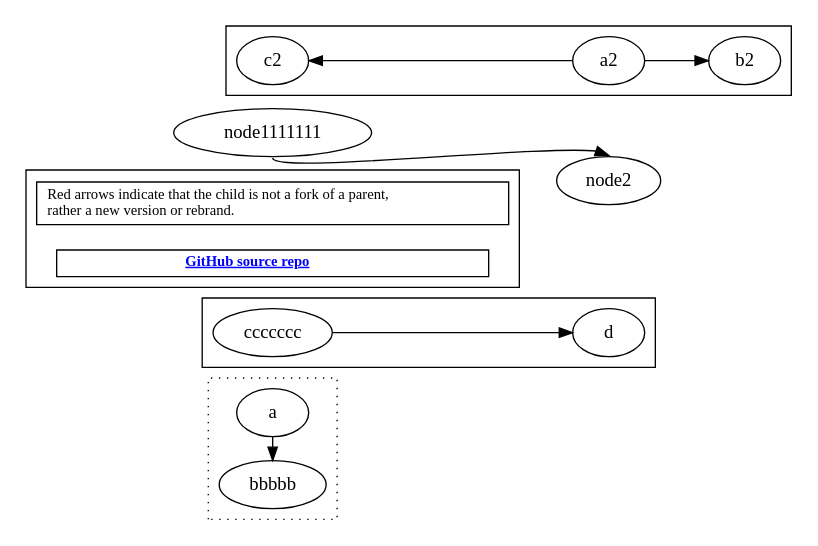
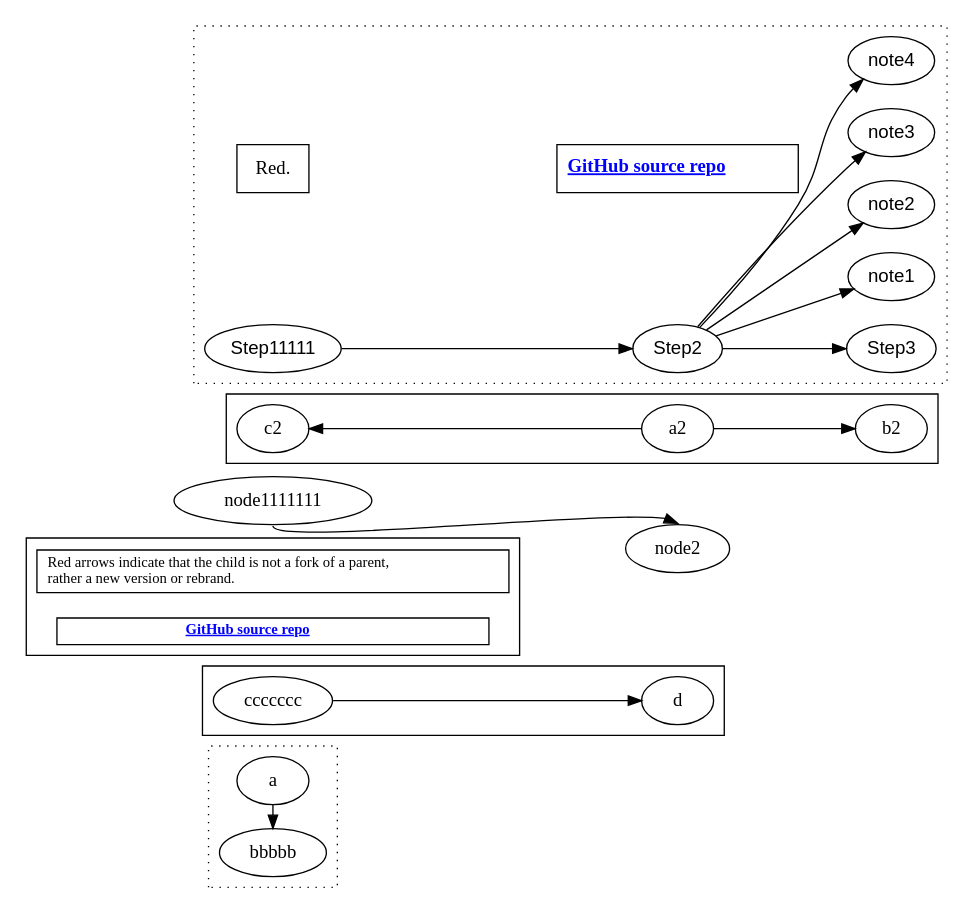
One commit to CthulhuOnIce/SS13-Codebases changed the diagram in src/tree_left_justify.dot. Above: the diagram before and after it, drawn with Graphviz. The commit also changed 4 other files, not shown here.

```diff
--- a/src/tree_left_justify.dot
+++ b/src/tree_left_justify.dot
@@ -1,37 +1,61 @@
 digraph G {
 	//rankdir="TB"
 	rankdir = "LR"
 
 	subgraph cluster_0{
 		rankdir = "LR"
 		style   = "dotted"
 		edge [constraint = false]
 		a->bbbbb
 	}
 	subgraph cluster_1{
 		rankdir = "LR";
 		ccccccc->d;
 	}
 
 	// https://stackoverflow.com/a/2112178
     subgraph cluster_2
     {
 		rankdir   = "LR";
 		labeljust = "l";
 		node [shape=record, height=.08, fontsize=11, width=4.5, constraint=false, style=solid]
 		elk [label="Red arrows indicate that the child is not a fork of a parent, \l
 		rather a new version or rebrand.\l",]
 		buffalo [label = <<b><u><font color="blue" style="font-weight: bold; text-align: left; align: left;">GitHub source repo </font></u></b> >, shape = rectangle, URL = "https://github.com/CthulhuOnIce/SS13-Codebases"]
 		//elk:s -> buffalo:n [style="invis", weight=999]
 	}
-	
+
 	node1111111: s -> node2: n [splines="ortho"]
 
-	
+
 	subgraph cluster_3{
 		rankdir = LR;
 		a2 -> b2;
 		c2 -> a2 [dir = "back"];
 	}
 
+
+
+	subgraph cluster_4
+	{
+		label = ""
+		style = "dotted"
+
+		info2 [label = "Red.", shape=rectangle]
+		GitHub_source_repo2 [label = <<b><u><font color="blue" style="font-weight: bold;">GitHub source repo </font></u></b> >, shape = rectangle, URL = "https://github.com/CthulhuOnIce/SS13-Codebases"]
+		info2 -> GitHub_source_repo2 [style="invis"] //, taillabel = "tail", lhead=cluster_0, constraint=false]
+
+
+		node[group=a, fontname="Arial", fontsize=14];
+		"Step11111" -> "Step2" -> "Step3";
+
+		node[group=""];
+		"Step2" -> "note1";
+		"Step2" -> "note2";
+		"Step2" -> "note3";
+		"Step2" -> "note4";
+
+
+	}
+
 }
```
